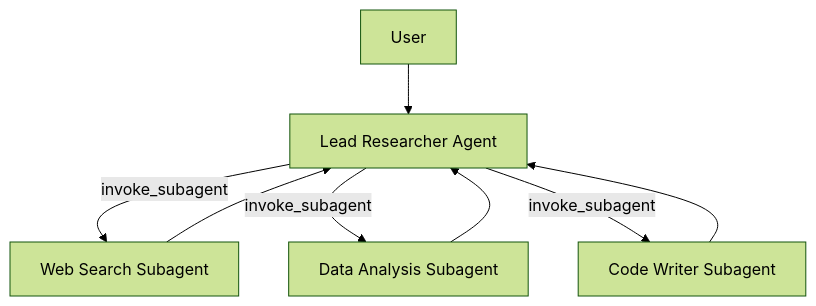
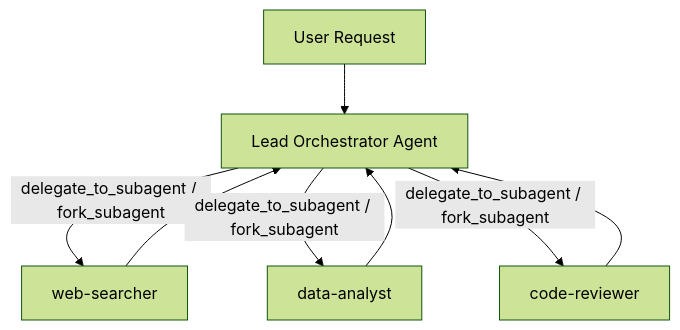
Before and after one commit to OmniTechSolutionsCA/MyAgents-Community: the diagram in docs-src/docs/agents/multi-agent-and-subagents.md, drawn with Mermaid (forest theme). The commit also changed other lines of this file and 470 other files, not shown here.

````diff
--- a/docs-src/docs/agents/multi-agent-and-subagents.md
+++ b/docs-src/docs/agents/multi-agent-and-subagents.md
@@ -9,10 +9,10 @@
 ```mermaid
 flowchart TD
-    User --> Parent[Lead Researcher Agent]
-    Parent -->|invoke_subagent| Sub1[Web Search Subagent]
-    Parent -->|invoke_subagent| Sub2[Data Analysis Subagent]
-    Parent -->|invoke_subagent| Sub3[Code Writer Subagent]
+    User["User Request"] --> Parent["Lead Orchestrator Agent"]
+    Parent -->|delegate_to_subagent / fork_subagent| Sub1["web-searcher"]
+    Parent -->|delegate_to_subagent / fork_subagent| Sub2["data-analyst"]
+    Parent -->|delegate_to_subagent / fork_subagent| Sub3["code-reviewer"]
     Sub1 --> Parent
     Sub2 --> Parent
     Sub3 --> Parent
 ```
````
